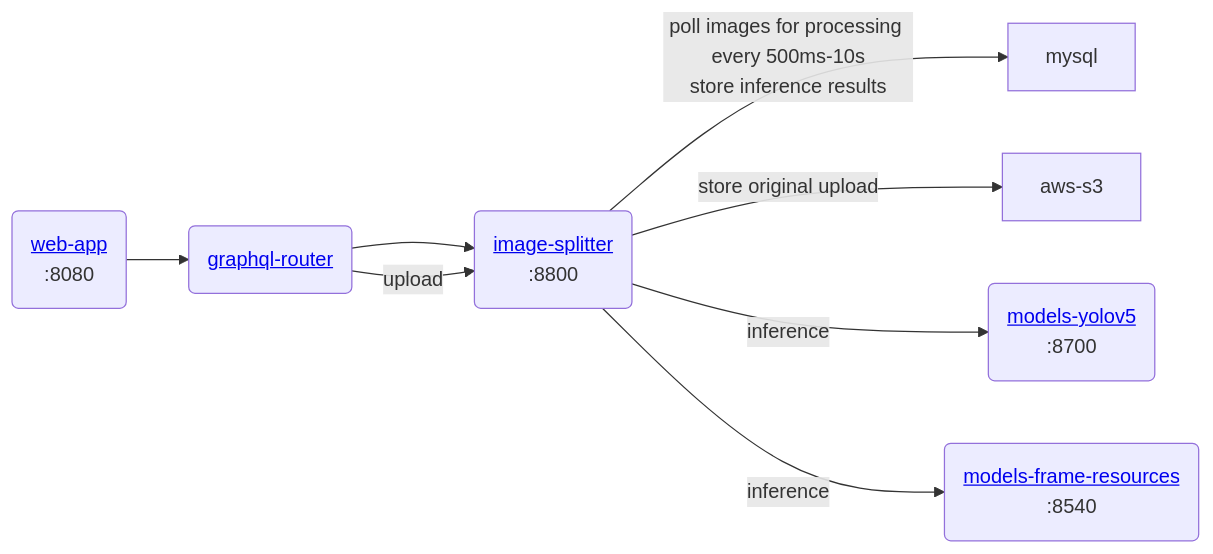
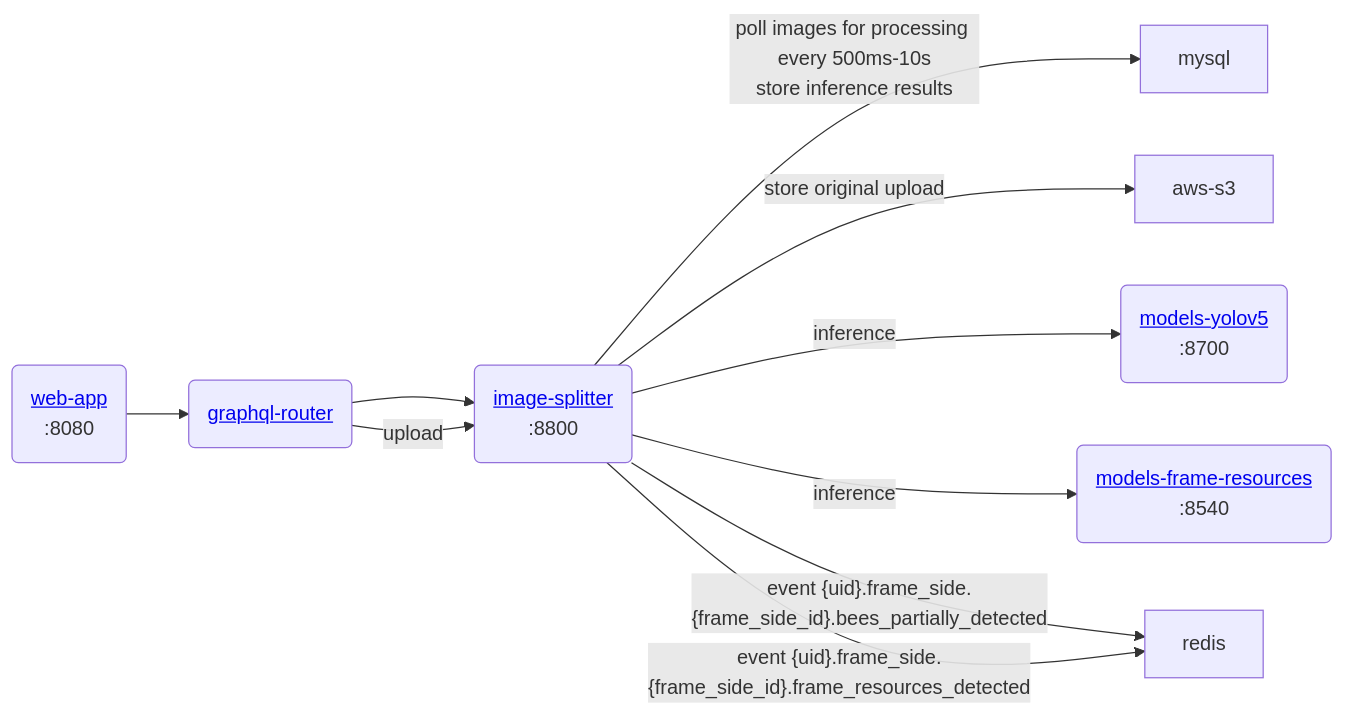
The diagram in README.md (Gratheon/image-splitter), drawn with Mermaid before and after one commit. The commit also changed 5 other files, not shown here.

````diff
--- a/README.md
+++ b/README.md
@@ -10,7 +10,10 @@
 ```mermaid
 flowchart LR
     web-app("<a href='https://github.com/Gratheon/web-app'>web-app</a>\n:8080") --> graphql-router("<a href='https://github.com/Gratheon/graphql-router'>graphql-router</a>") --> image-splitter("<a href='https://github.com/Gratheon/image-splitter'>image-splitter</a>\n:8800") --"poll images for processing every 500ms-10s\nstore inference results"--> mysql
     graphql-router --upload--> image-splitter --"store original upload"--> aws-s3
 	image-splitter --"inference"--> models-yolov5("<a href='https://github.com/Gratheon/models-yolov5'>models-yolov5</a>\n:8700")
 	image-splitter --"inference"--> models-frame-resources("<a href='https://github.com/Gratheon/models-frame-resources'>models-frame-resources</a>\n:8540")
+
+	image-splitter --"event {uid}.frame_side.{frame_side_id}.bees_partially_detected"--> redis
+    image-splitter --"event {uid}.frame_side.{frame_side_id}.frame_resources_detected"--> redis
 ```
````
